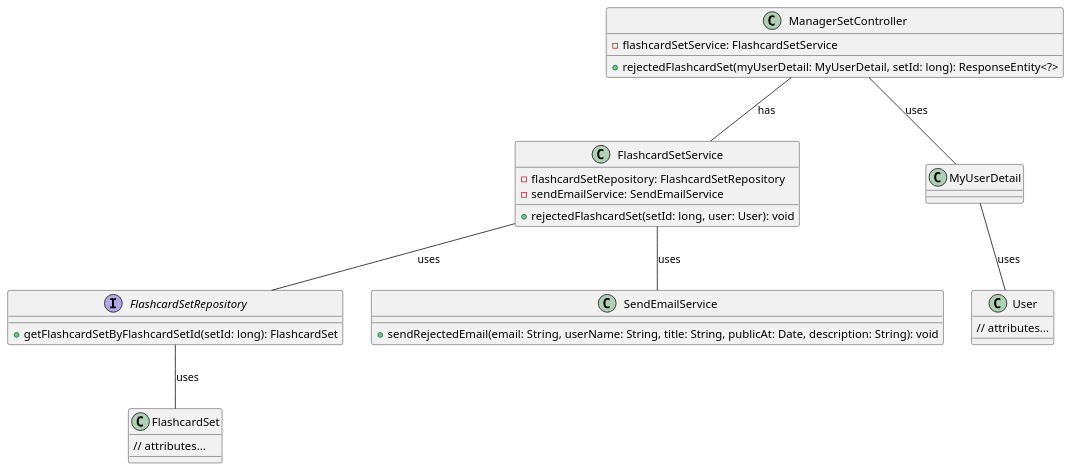
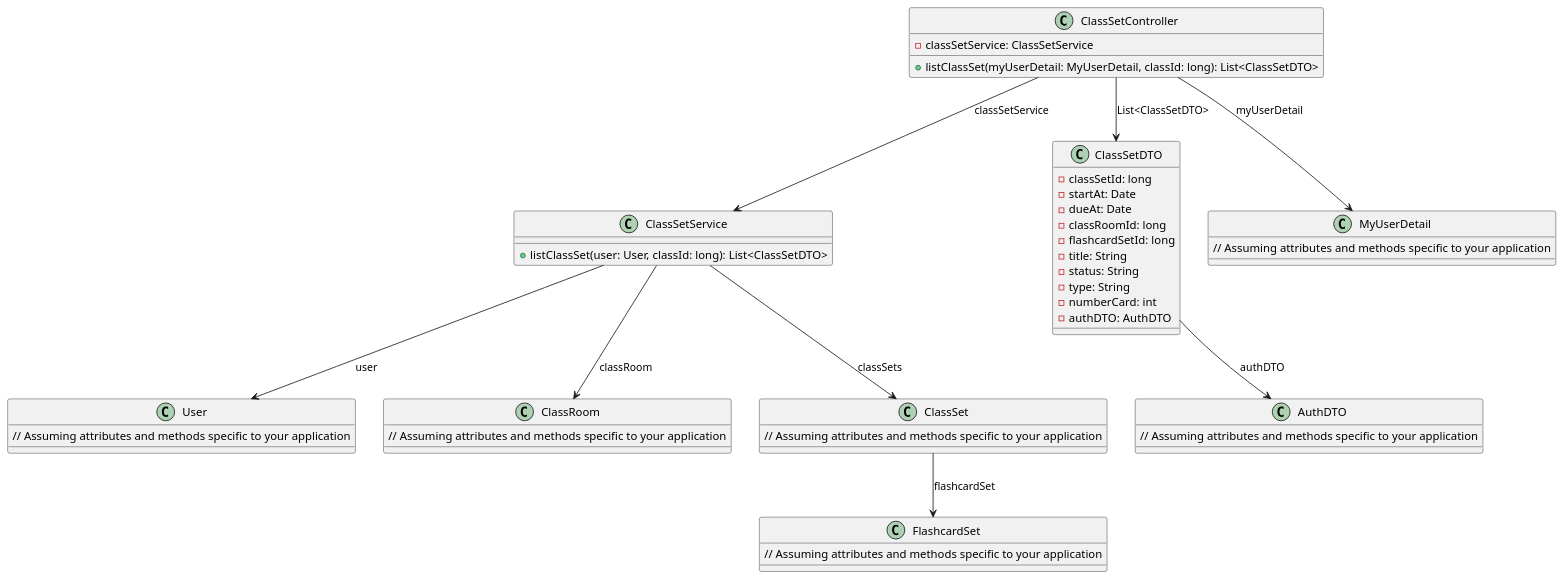
The diagram in PackageDiagram.puml (zzquocngaozz/JFlashcard), drawn with PlantUML before and after one commit. The commit also changed 3 other files, not shown here.

```diff
--- a/PackageDiagram.puml
+++ b/PackageDiagram.puml
@@ -1,39 +1,56 @@
 @startuml
-
-class ManagerSetController {
-  -flashcardSetService: FlashcardSetService
-  +rejectedFlashcardSet(myUserDetail: MyUserDetail, setId: long): ResponseEntity<?>
+class ClassSetController {
+    - classSetService: ClassSetService
+    + listClassSet(myUserDetail: MyUserDetail, classId: long): List<ClassSetDTO>
 }
 
-class FlashcardSetService {
-  -flashcardSetRepository: FlashcardSetRepository
-  -sendEmailService: SendEmailService
-  +rejectedFlashcardSet(setId: long, user: User): void
+class ClassSetService {
+    + listClassSet(user: User, classId: long): List<ClassSetDTO>
 }
 
-class MyUserDetail
+class ClassSetDTO {
+    - classSetId: long
+    - startAt: Date
+    - dueAt: Date
+    - classRoomId: long
+    - flashcardSetId: long
+    - title: String
+    - status: String
+    - type: String
+    - numberCard: int
+    - authDTO: AuthDTO
+}
+
+class MyUserDetail {
+    // Assuming attributes and methods specific to your application
+}
 
 class User {
-  // attributes...
+    // Assuming attributes and methods specific to your application
 }
 
-interface FlashcardSetRepository {
-  +getFlashcardSetByFlashcardSetId(setId: long): FlashcardSet
+class ClassRoom {
+    // Assuming attributes and methods specific to your application
+}
+
+class ClassSet {
+    // Assuming attributes and methods specific to your application
 }
 
 class FlashcardSet {
-  // attributes...
+    // Assuming attributes and methods specific to your application
 }
 
-class SendEmailService {
-  +sendRejectedEmail(email: String, userName: String, title: String, publicAt: Date, description: String): void
+class AuthDTO {
+    // Assuming attributes and methods specific to your application
 }
 
-ManagerSetController -- FlashcardSetService : has
-FlashcardSetService -- FlashcardSetRepository : uses
-FlashcardSetService -- SendEmailService : uses
-MyUserDetail -- User : uses
-ManagerSetController -- MyUserDetail : uses
-FlashcardSetRepository -- FlashcardSet : uses
-
+ClassSetController --> ClassSetService: classSetService
+ClassSetController --> MyUserDetail: myUserDetail
+ClassSetController --> ClassSetDTO: List<ClassSetDTO>
+ClassSetService --> User: user
+ClassSetService --> ClassRoom: classRoom
+ClassSetService --> ClassSet: classSets
+ClassSet --> FlashcardSet: flashcardSet
+ClassSetDTO --> AuthDTO: authDTO
 @enduml
```
